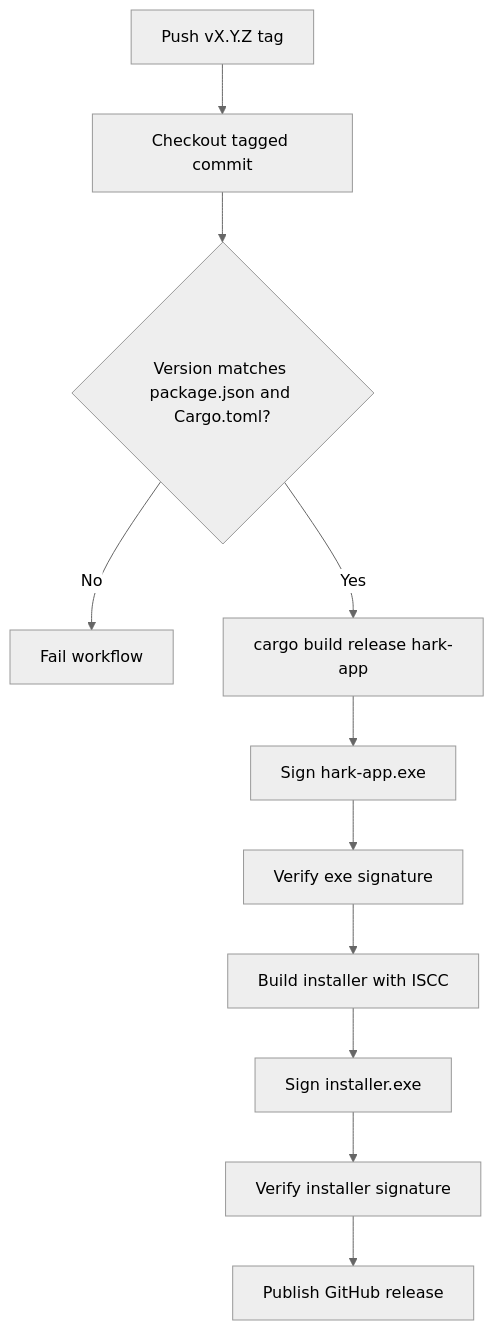
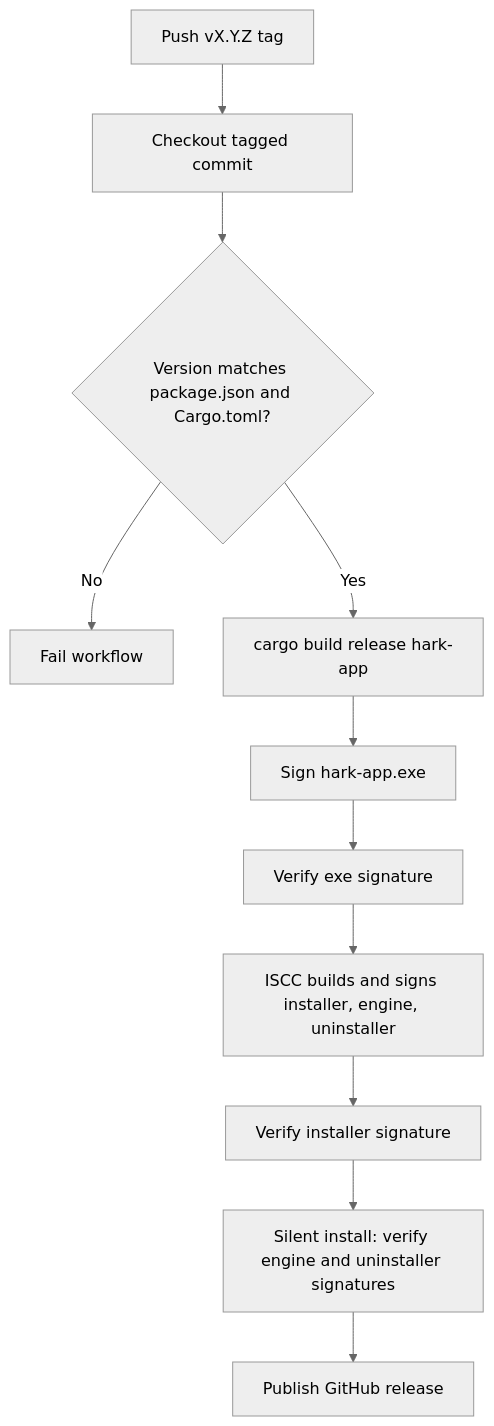
Before and after one commit to BoardPandas/Hark: the diagram in Docs/operations/RELEASE_AND_PACKAGING.md, drawn with Mermaid (neutral theme). The commit also changed other lines of this file and 7 other files, not shown here.

First line of the commit message:
fix(release): sign Inno Setup's embedded engine, not just setup.exe (0.60.7)

````diff
--- a/Docs/operations/RELEASE_AND_PACKAGING.md
+++ b/Docs/operations/RELEASE_AND_PACKAGING.md
@@ -32,13 +32,13 @@
 ```mermaid
 graph TD
     A["Push vX.Y.Z tag"] --> B["Checkout tagged commit"]
     B --> C{"Version matches package.json and Cargo.toml?"}
     C -->|"No"| D["Fail workflow"]
     C -->|"Yes"| E["cargo build release hark-app"]
     E --> F["Sign hark-app.exe"]
     F --> G["Verify exe signature"]
-    G --> H["Build installer with ISCC"]
-    H --> I["Sign installer.exe"]
-    I --> J["Verify installer signature"]
+    G --> H["ISCC builds and signs installer, engine, uninstaller"]
+    H --> I["Verify installer signature"]
+    I --> J["Silent install: verify engine and uninstaller signatures"]
     J --> K["Publish GitHub release"]
 ```
````
